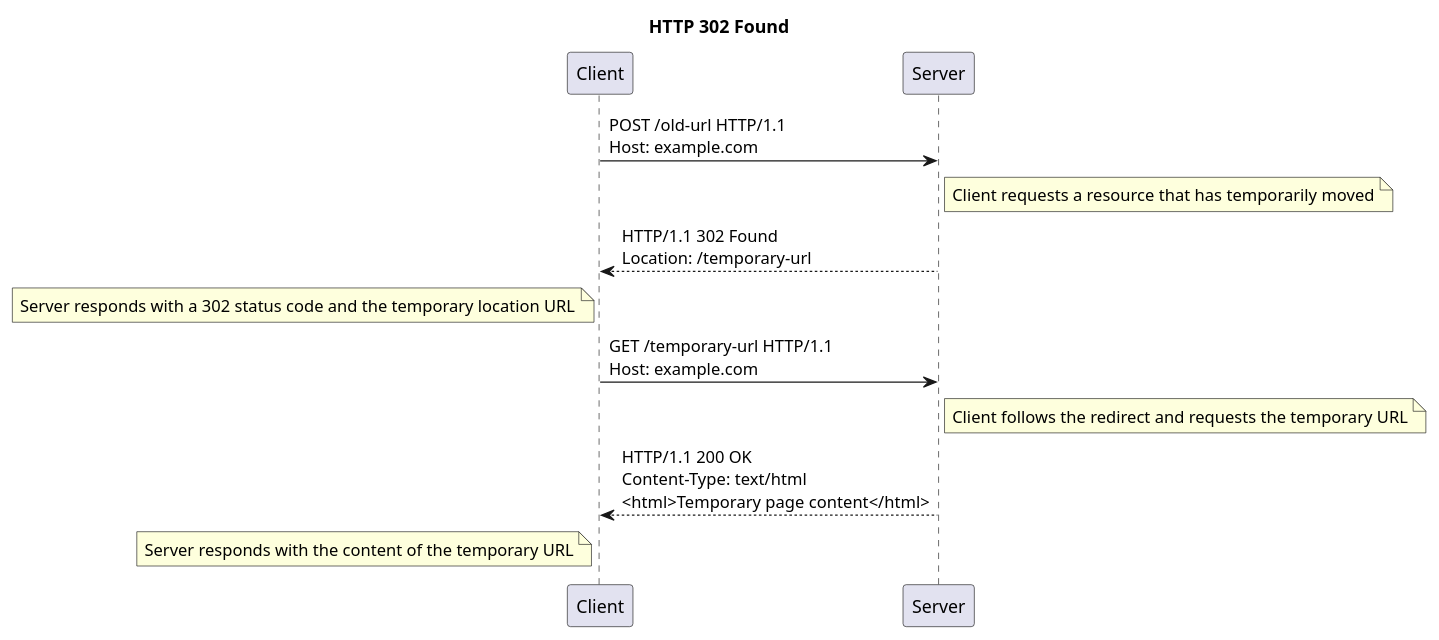
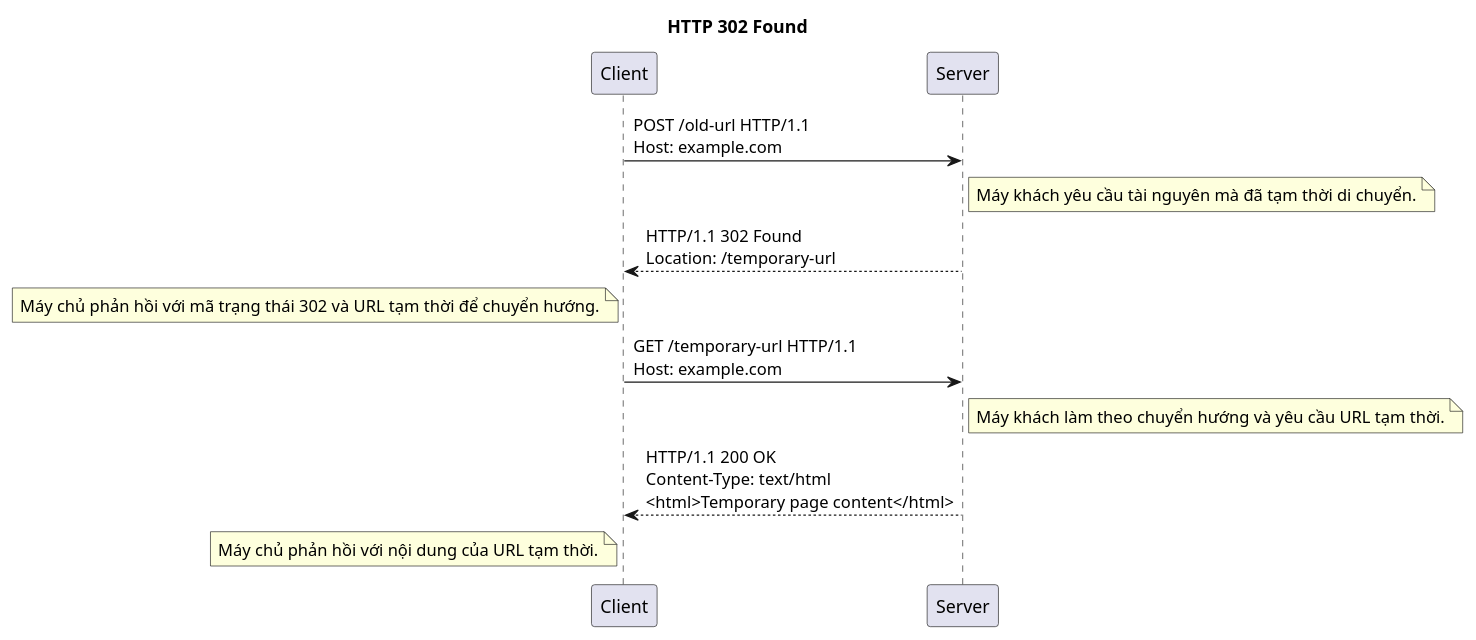
One commit to thanhlv-com/thanhlv-blog changed diagram 13 of 26 in packages/apps/src/blog/2024-12-05-y-nghia-cua-cac-http-status-code.md. Above: the diagram before and after it, drawn with PlantUML. The commit also changed other lines of this file and 3 other files, not shown here.

````diff
--- a/packages/apps/src/blog/2024-12-05-y-nghia-cua-cac-http-status-code.md
+++ b/packages/apps/src/blog/2024-12-05-y-nghia-cua-cac-http-status-code.md
@@ -464,22 +462,21 @@
 ```plantuml
 @startuml
 
 title HTTP 302 Found
 
 participant "Client" as C
 participant "Server" as S
 
 C -> S: POST /old-url HTTP/1.1\nHost: example.com
-note right of S: Client requests a resource that has temporarily moved
+note right of S: Máy khách yêu cầu tài nguyên mà đã tạm thời di chuyển.
 
 S --> C: HTTP/1.1 302 Found\nLocation: /temporary-url
-note left of C: Server responds with a 302 status code and the temporary location URL
+note left of C: Máy chủ phản hồi với mã trạng thái 302 và URL tạm thời để chuyển hướng.
 
 C -> S: GET /temporary-url HTTP/1.1\nHost: example.com
-note right of S: Client follows the redirect and requests the temporary URL
+note right of S: Máy khách làm theo chuyển hướng và yêu cầu URL tạm thời.
 
 S --> C: HTTP/1.1 200 OK\nContent-Type: text/html\n<html>Temporary page content</html>
-note left of C: Server responds with the content of the temporary URL
-
+note left of C: Máy chủ phản hồi với nội dung của URL tạm thời.
 @enduml
 ```
````
